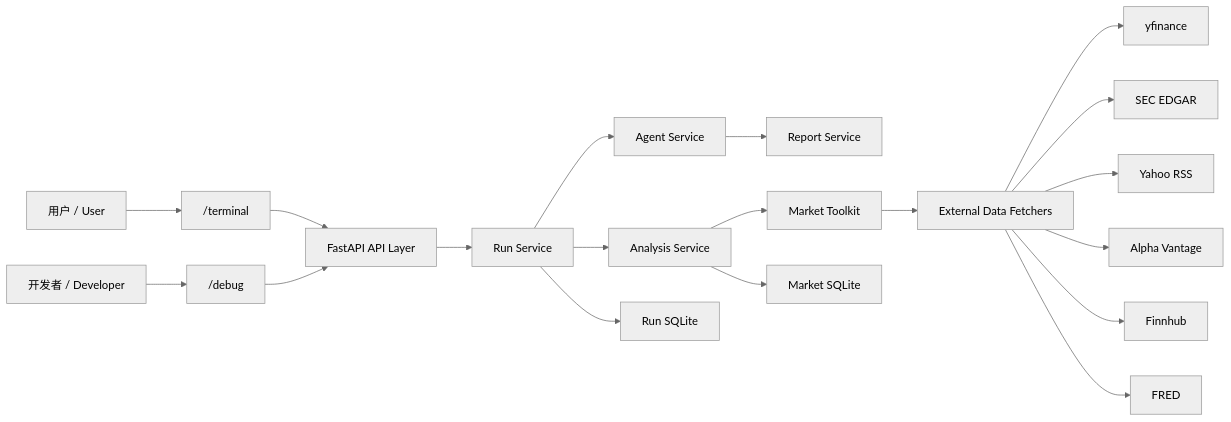
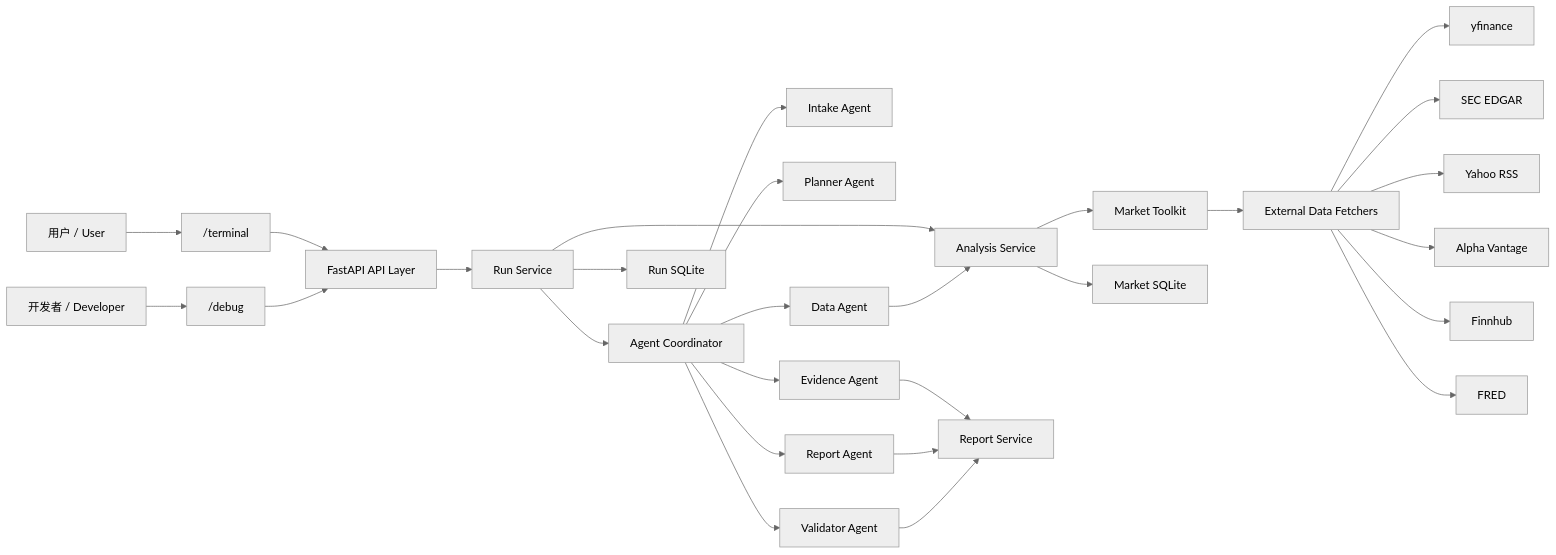
Before and after one commit to kevin32kouyu-lab/kevin-financial-agent: the first of 2 diagrams in README.md, drawn with Mermaid (neutral theme). The commit also changed other lines of this file and 9 other files, not shown here.

Commit message:
feat: add controlled multi-agent coordinator

````diff
--- a/README.md
+++ b/README.md
@@ -205,24 +207,33 @@
 ```mermaid
 flowchart LR
     U["用户 / User"] --> T["/terminal"]
     D["开发者 / Developer"] --> G["/debug"]
     T --> API["FastAPI API Layer"]
     G --> API
 
     API --> RUN["Run Service"]
-    RUN --> AGENT["Agent Service"]
+    RUN --> COORD["Agent Coordinator"]
+    COORD --> INTAKE["Intake Agent"]
+    COORD --> PLAN["Planner Agent"]
+    COORD --> DATAAGENT["Data Agent"]
+    COORD --> EVIDENCE["Evidence Agent"]
+    COORD --> REPORTAGENT["Report Agent"]
+    COORD --> VALIDATOR["Validator Agent"]
     RUN --> ANALYSIS["Analysis Service"]
-    AGENT --> REPORT["Report Service"]
+    DATAAGENT --> ANALYSIS
+    EVIDENCE --> REPORT["Report Service"]
+    REPORTAGENT --> REPORT
+    VALIDATOR --> REPORT
     ANALYSIS --> TOOLKIT["Market Toolkit"]
 
     TOOLKIT --> FETCH["External Data Fetchers"]
     FETCH --> YF["yfinance"]
     FETCH --> SEC["SEC EDGAR"]
     FETCH --> RSS["Yahoo RSS"]
     FETCH --> AV["Alpha Vantage"]
     FETCH --> FH["Finnhub"]
     FETCH --> FRED["FRED"]
 
     RUN --> RUNDB["Run SQLite"]
     ANALYSIS --> MARKETDB["Market SQLite"]
 ```
````
